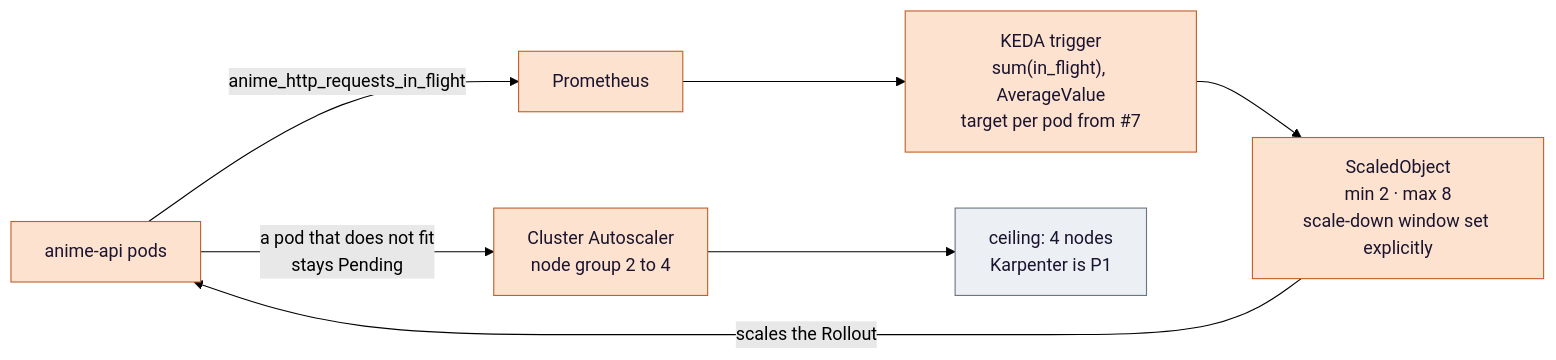
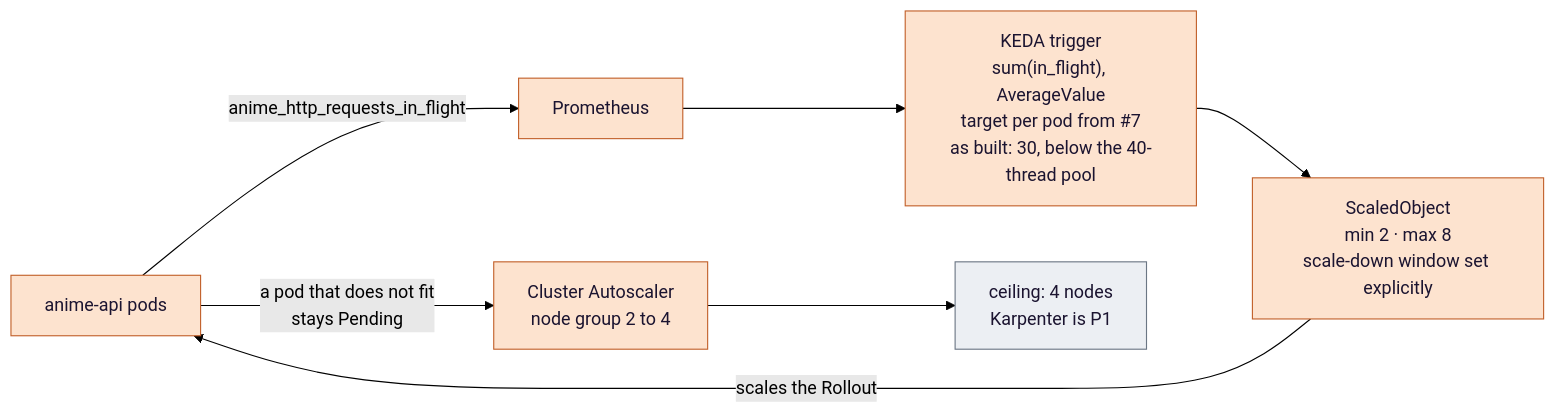
One commit to biabeogo147/Anime-Recommender changed the sixth of 8 diagrams in docs/eks-sre-llmops-design.md. Above: the diagram before and after it, drawn with Mermaid (forest theme). The commit also changed other lines of this file and 11 other files, not shown here.

````diff
--- a/docs/eks-sre-llmops-design.md
+++ b/docs/eks-sre-llmops-design.md
@@ -809,14 +840,14 @@
 ```mermaid
 flowchart LR
     PODS["anime-api pods"] -->|"anime_http_requests_in_flight"| PROM["Prometheus"]
-    PROM --> TRIG["KEDA trigger<br/>sum(in_flight), AverageValue<br/>target per pod from #7"]
+    PROM --> TRIG["KEDA trigger<br/>sum(in_flight), AverageValue<br/>target per pod from #7<br/>as built: 30, below the 40-thread pool"]
     TRIG --> SO["ScaledObject<br/>min 2 · max 8<br/>scale-down window set explicitly"]
     SO -->|"scales the Rollout"| PODS
     PODS -->|"a pod that does not fit<br/>stays Pending"| CAS["Cluster Autoscaler<br/>node group 2 to 4"]
     CAS --> CEIL["ceiling: 4 nodes<br/>Karpenter is P1"]
 
     classDef argo fill:#fde3cf,stroke:#c2602a,color:#1b1430;
     classDef ext fill:#eceff3,stroke:#6b7684,color:#1b1430;
     class PODS,PROM,TRIG,SO,CAS argo
     class CEIL ext
 ```
````
